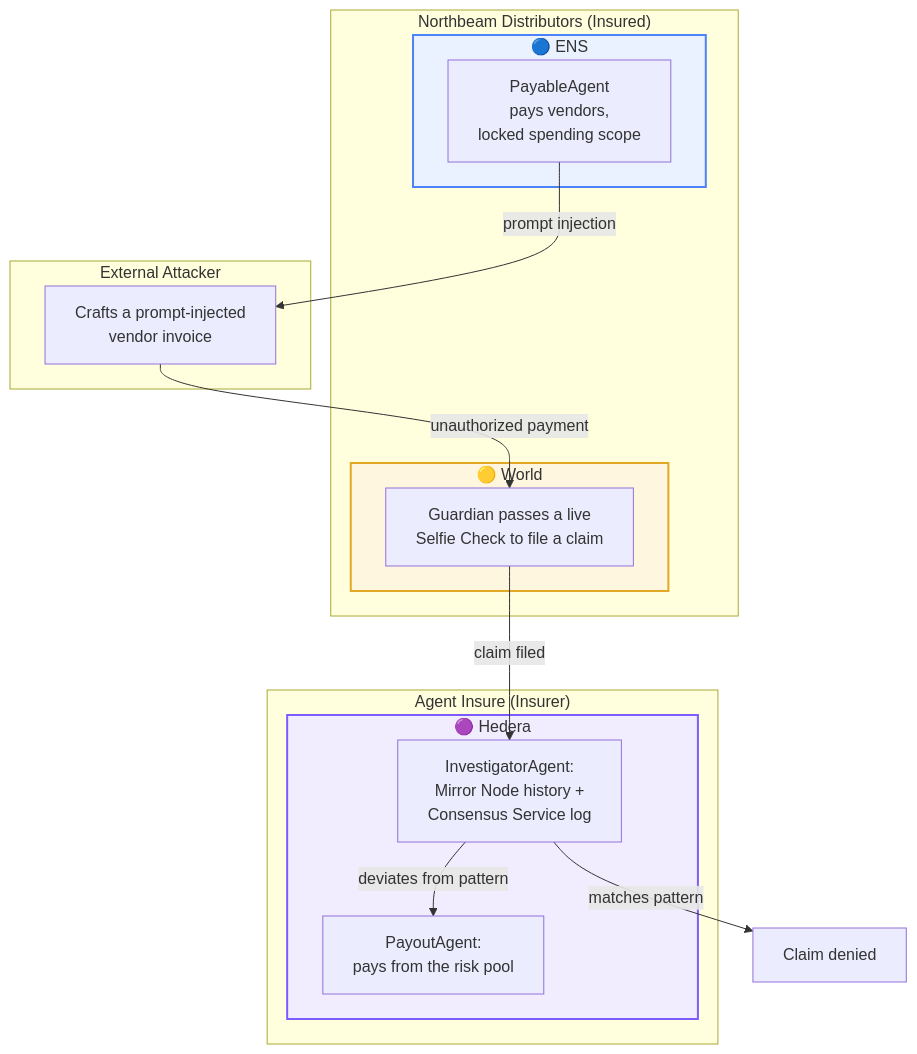
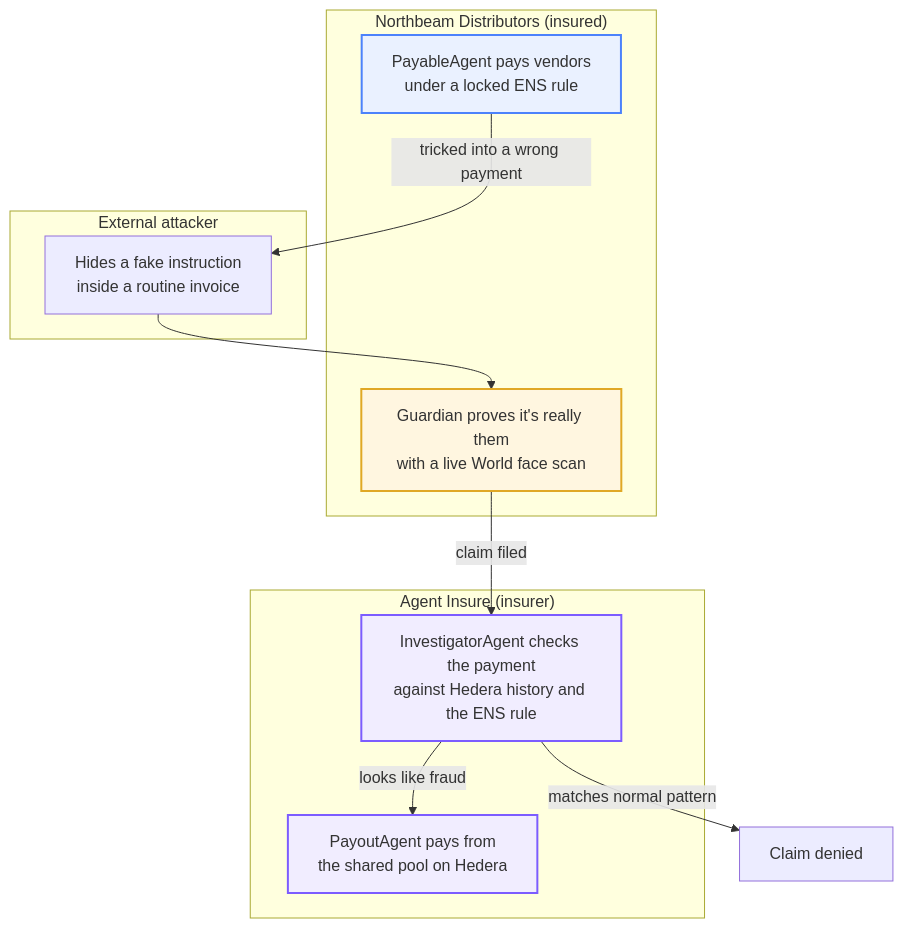
Before and after one commit to jianruan-io/agent-insure: the diagram in README.md, drawn with Mermaid. The commit also changed other lines of this file and 7 other files, not shown here.

````diff
--- a/README.md
+++ b/README.md
@@ -199,32 +66,25 @@
 ```mermaid
 flowchart TD
-    subgraph NORTHBEAM2["Northbeam Distributors (Insured)"]
-        subgraph ENS_SG2["🔵 ENS"]
-            PA2["PayableAgent<br/>pays vendors,<br/>locked spending scope"]
-        end
-        subgraph WORLD_SG2["🟡 World"]
-            GUARD2["Guardian passes a live<br/>Selfie Check to file a claim"]
-        end
+    subgraph NORTHBEAM["Northbeam Distributors (insured)"]
+        PA["PayableAgent pays vendors<br/>under a locked ENS rule"]
+        GUARD["Guardian proves it's really them<br/>with a live World face scan"]
+    end
+    subgraph ATTACKER["External attacker"]
+        MAL["Hides a fake instruction<br/>inside a routine invoice"]
+    end
+    subgraph INSURER["Agent Insure (insurer)"]
+        INV["InvestigatorAgent checks the payment<br/>against Hedera history and the ENS rule"]
+        PAY["PayoutAgent pays from<br/>the shared pool on Hedera"]
     end
 
-    subgraph ATTACKER2["External Attacker"]
-        MAL2["Crafts a prompt-injected<br/>vendor invoice"]
-    end
+    PA -->|"tricked into a wrong payment"| MAL
+    MAL --> GUARD
+    GUARD -->|"claim filed"| INV
+    INV -->|"looks like fraud"| PAY
+    INV -->|"matches normal pattern"| DENY["Claim denied"]
 
-    subgraph AGENTINSURE2["Agent Insure (Insurer)"]
-        subgraph HEDERA_SG2["🟣 Hedera"]
-            INV2["InvestigatorAgent:<br/>Mirror Node history +<br/>Consensus Service log"]
-            PAY2["PayoutAgent:<br/>pays from the risk pool"]
-        end
-    end
-
-    PA2 -->|"prompt injection"| MAL2
-    MAL2 -->|"unauthorized payment"| GUARD2
-    GUARD2 -->|"claim filed"| INV2
-    INV2 -->|"deviates from pattern"| PAY2
-    INV2 -->|"matches pattern"| DENY2["Claim denied"]
-
-    style ENS_SG2 fill:#eaf1ff,stroke:#4c82fb,stroke-width:2px
-    style WORLD_SG2 fill:#fff6e0,stroke:#e0a825,stroke-width:2px
-    style HEDERA_SG2 fill:#f1edff,stroke:#7c5cff,stroke-width:2px
+    style PA fill:#eaf1ff,stroke:#4c82fb,stroke-width:2px
+    style GUARD fill:#fff6e0,stroke:#e0a825,stroke-width:2px
+    style INV fill:#f1edff,stroke:#7c5cff,stroke-width:2px
+    style PAY fill:#f1edff,stroke:#7c5cff,stroke-width:2px
 ```
````
